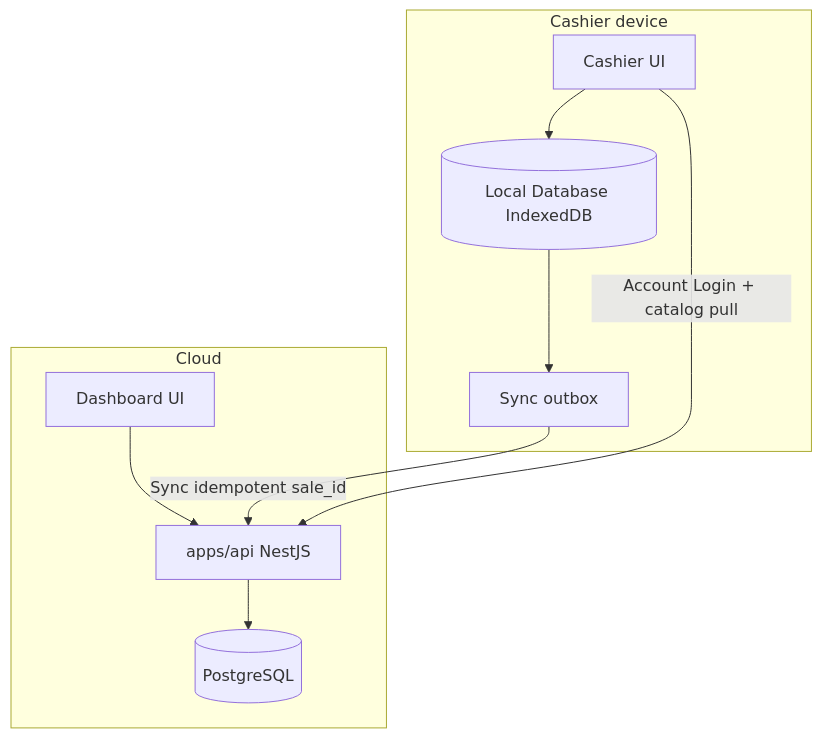
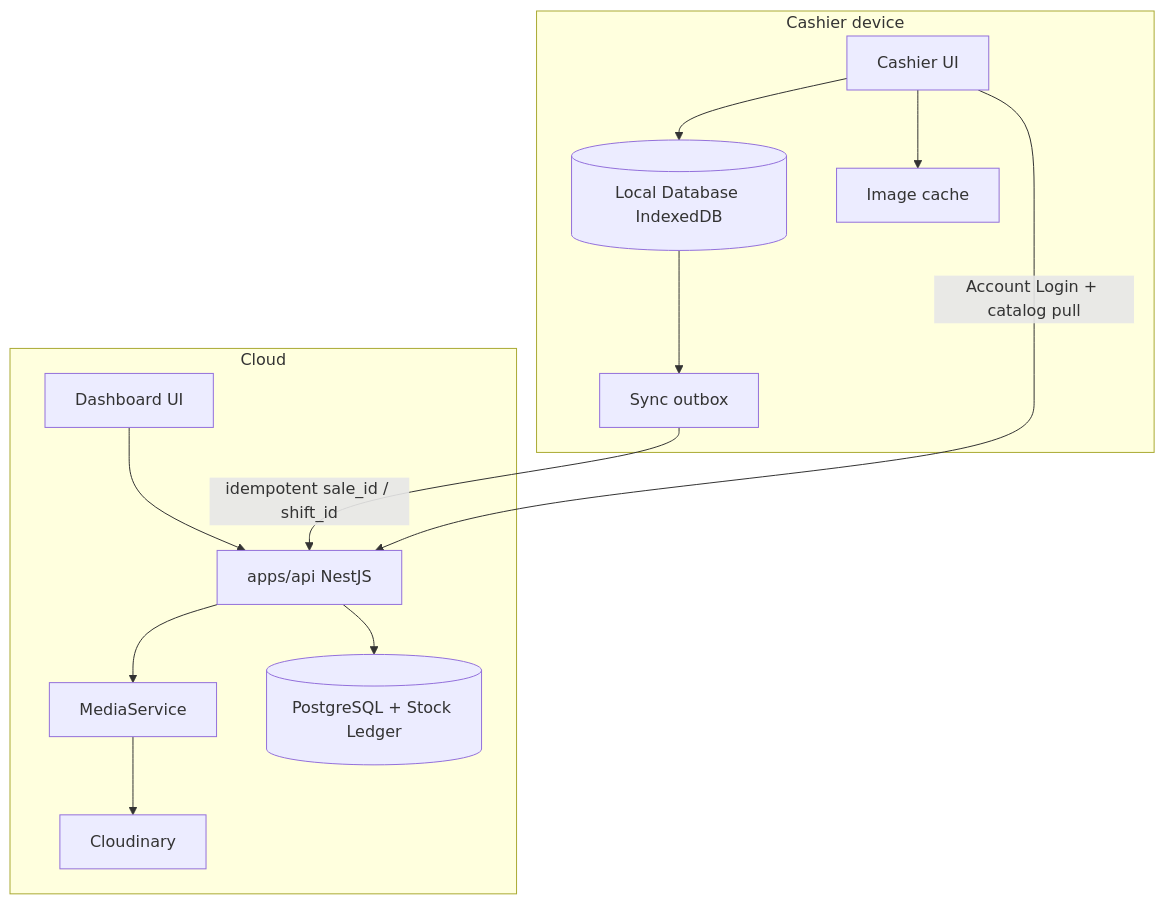
Before and after one commit to asafruddin/project-pos: the second of 3 diagrams in _bmad-output/planning-artifacts/architecture/architecture-pos-apps-2026-08-05/ARCHITECTURE-SPINE.md, drawn with Mermaid. The commit also changed other lines of this file and 272 other files, not shown here.

````diff
--- a/_bmad-output/planning-artifacts/architecture/architecture-pos-apps-2026-08-05/ARCHITECTURE-SPINE.md
+++ b/_bmad-output/planning-artifacts/architecture/architecture-pos-apps-2026-08-05/ARCHITECTURE-SPINE.md
@@ -168,21 +219,27 @@
 ```mermaid
 flowchart TB
   subgraph device [Cashier device]
     UI[Cashier UI]
     LDB[(Local Database IndexedDB)]
     Outbox[Sync outbox]
+    ImgCache[Image cache]
     UI --> LDB
+    UI --> ImgCache
     LDB --> Outbox
   end
 
   subgraph cloud [Cloud]
     API[apps/api NestJS]
-    PG[(PostgreSQL)]
+    Media[MediaService]
+    CDN[Cloudinary]
+    PG[(PostgreSQL + Stock Ledger)]
     Dash[Dashboard UI]
     API --> PG
+    API --> Media
+    Media --> CDN
     Dash --> API
   end
 
-  Outbox -->|Sync idempotent sale_id| API
+  Outbox -->|idempotent sale_id / shift_id| API
   UI -->|Account Login + catalog pull| API
 ```
````
